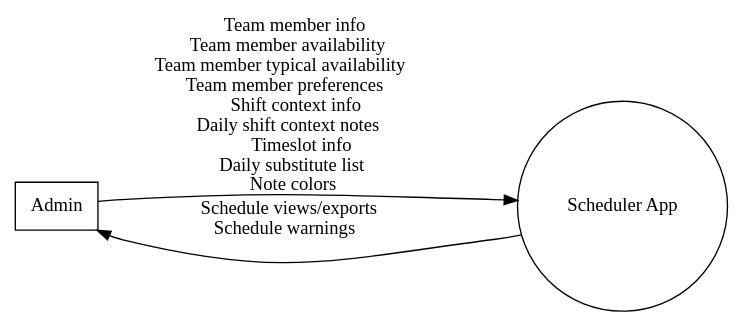
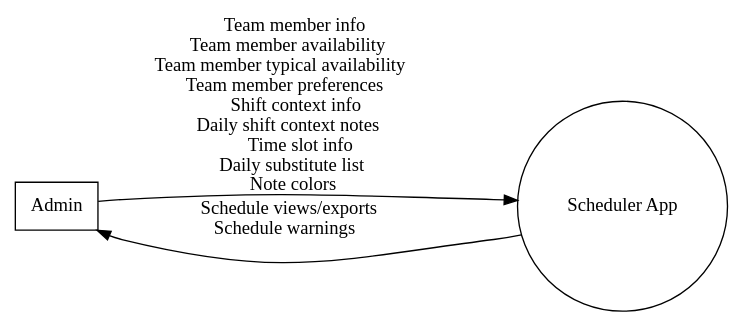
One commit to luke-hamann/stc-cis-248 changed the diagram in design/data_flow_diagrams/level_0.dot. Above: the diagram before and after it, drawn with Graphviz. The commit also changed 3 other files, not shown here.

```diff
--- a/design/data_flow_diagrams/level_0.dot
+++ b/design/data_flow_diagrams/level_0.dot
@@ -1,23 +1,23 @@
 digraph data_flow_diagram {
     rankdir = "LR"
     
     Admin [ shape = box ]
     "Scheduler App" [ shape = circle ]
 
     "Scheduler App" -> Admin [ label = <
         Schedule views/exports <br />
         Schedule warnings
     > ]
     
     Admin -> "Scheduler App" [ label = <
         Team member info <br />
         Team member availability <br />
         Team member typical availability <br />
         Team member preferences <br />
         Shift context info <br />
         Daily shift context notes <br />
-        Timeslot info <br />
+        Time slot info <br />
         Daily substitute list <br />
         Note colors
     > ]
 }
```
